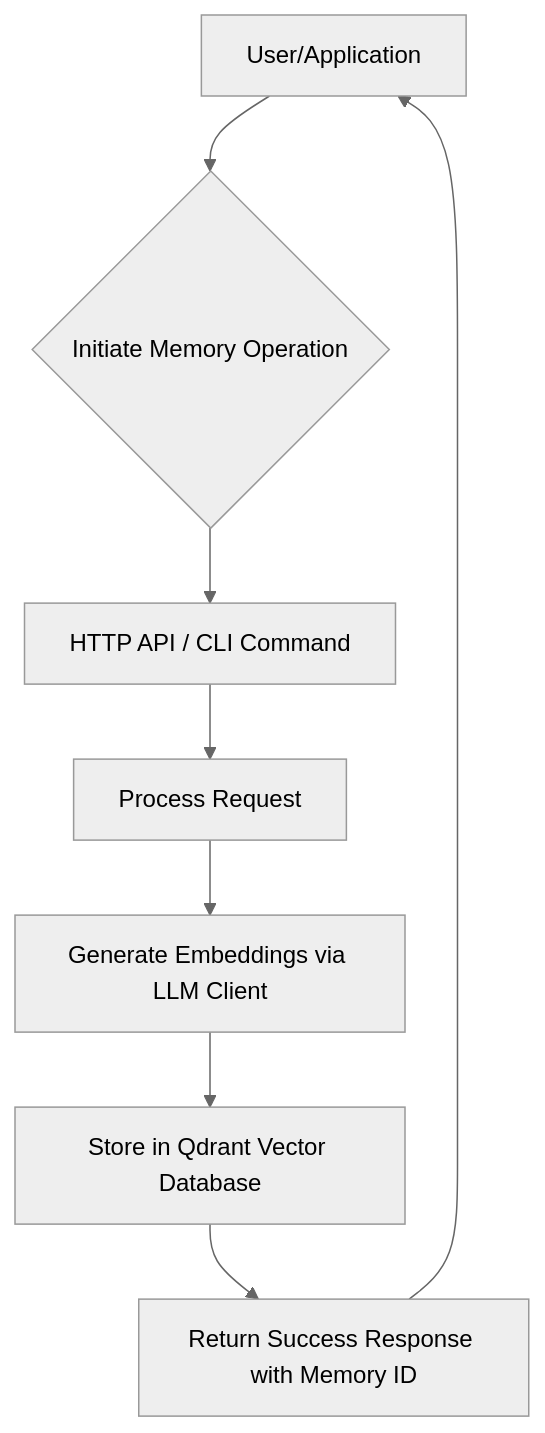
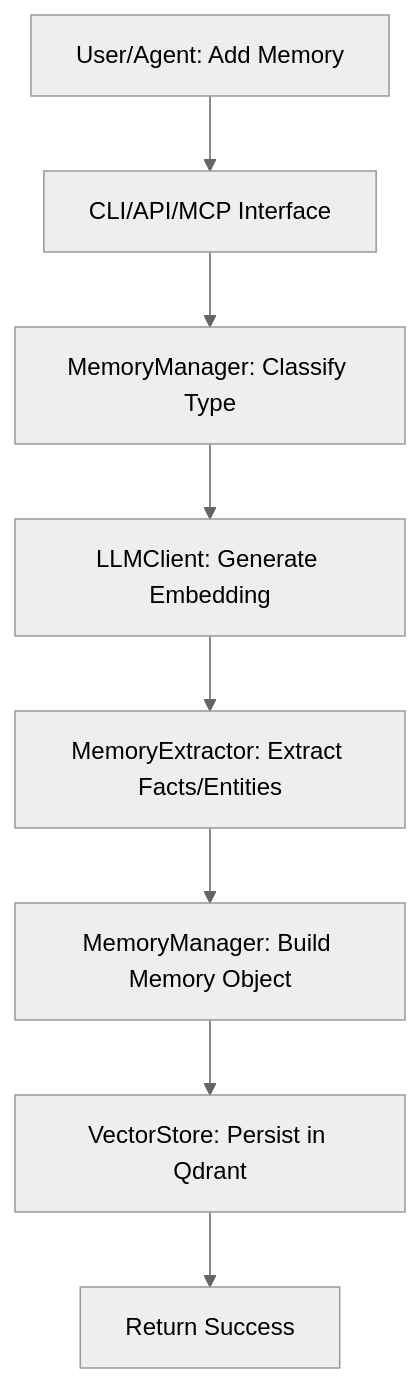
The fourth of 8 diagrams in litho.docs/2.Architecture.md (sopaco/cortex-mem), drawn with Mermaid (neutral theme) before and after one commit. The commit also changed other lines of this file and 11 other files, not shown here.

````diff
--- a/litho.docs/2.Architecture.md
+++ b/litho.docs/2.Architecture.md
@@ -359,10 +296,10 @@
 ```mermaid
 graph TD
-    A[User/Application] --> B{Initiate Memory Operation}
-    B --> C[HTTP API / CLI Command]
-    C --> D[Process Request]
-    D --> E[Generate Embeddings via LLM Client]
-    E --> F[Store in Qdrant Vector Database]
-    F --> G[Return Success Response with Memory ID]
-    G --> A
+    A[User/Agent: Add Memory] --> B[CLI/API/MCP Interface]
+    B --> C[MemoryManager: Classify Type]
+    C --> D[LLMClient: Generate Embedding]
+    D --> E[MemoryExtractor: Extract Facts/Entities]
+    E --> F[MemoryManager: Build Memory Object]
+    F --> G[VectorStore: Persist in Qdrant]
+    G --> H[Return Success]
 ```
````
